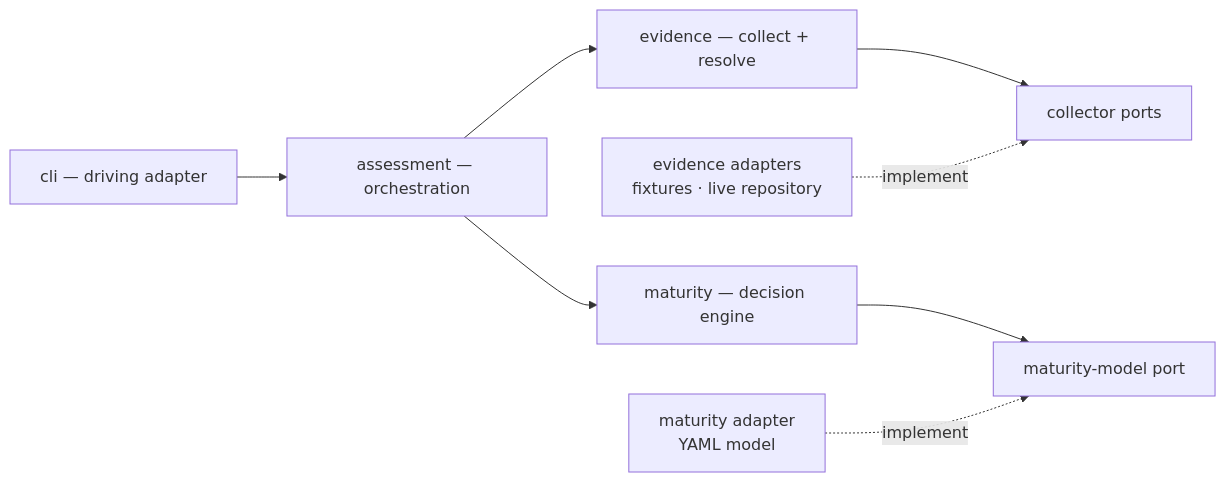
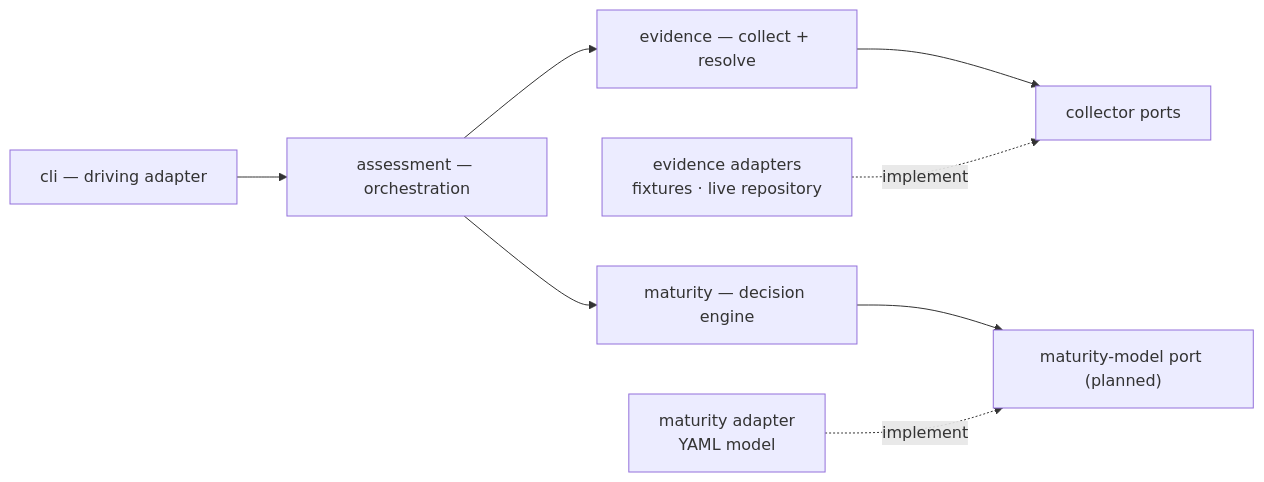
The diagram in aidd_docs/memory/architecture.md (BlandineRdl/aidd-audit), drawn with Mermaid before and after one commit. The commit also changed other lines of this file and 26 other files, not shown here.

````diff
--- a/aidd_docs/memory/architecture.md
+++ b/aidd_docs/memory/architecture.md
@@ -21,13 +21,13 @@
 ```mermaid id="wjrf9s"
 flowchart LR
   CLI["cli — driving adapter"] --> ASSESS["assessment — orchestration"]
 
   ASSESS --> EV["evidence — collect + resolve"]
   ASSESS --> MAT["maturity — decision engine"]
 
   EV --> EPORT["collector ports"]
-  MAT --> MPORT["maturity-model port"]
+  MAT --> MPORT["maturity-model port (planned)"]
 
   EAD["evidence adapters<br/>fixtures · live repository"] -.->|implement| EPORT
   MAD["maturity adapter<br/>YAML model"] -.->|implement| MPORT
 ```
````
